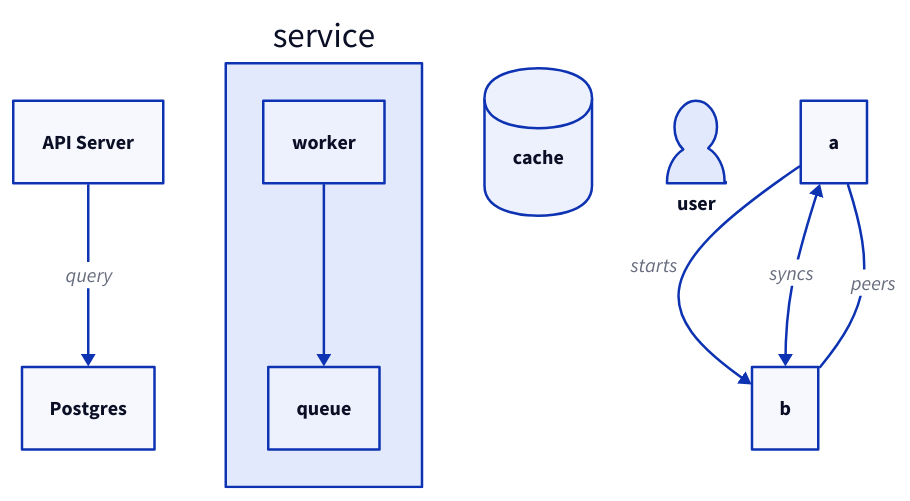
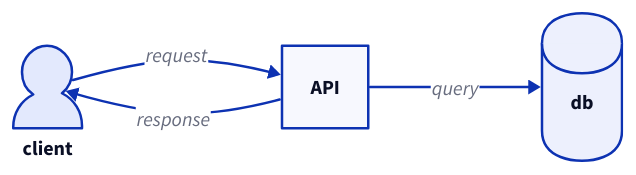
One commit to noamsto/agent-carousel changed the first of 9 diagrams in adapters/claude-code/plugin/skills/diagrams/SKILL.md. Above: the diagram before and after it, drawn with D2. The commit also changed other lines of this file, not shown here.

Commit message:
feat(diagrams): rich, beautiful, render-tested D2 authoring skill

````diff
--- a/adapters/claude-code/plugin/skills/diagrams/SKILL.md
+++ b/adapters/claude-code/plugin/skills/diagrams/SKILL.md
@@ -30,22 +88,9 @@
 ```d2
-# shapes + connections
-api: API Server
-db: Postgres
+direction: right
+client: {shape: person}
+api: API
+db: {shape: cylinder}
+client -> api: request
 api -> db: query
-
-# nested containers
-service: {
-  worker
-  queue
-  worker -> queue
-}
-
-# labeled, directional, bidirectional
-a -> b: starts
-a <-> b: syncs
-a -- b: peers
-
-# shape styling
-cache: {shape: cylinder}
-user: {shape: person}
+api -> client: response
 ```
````
